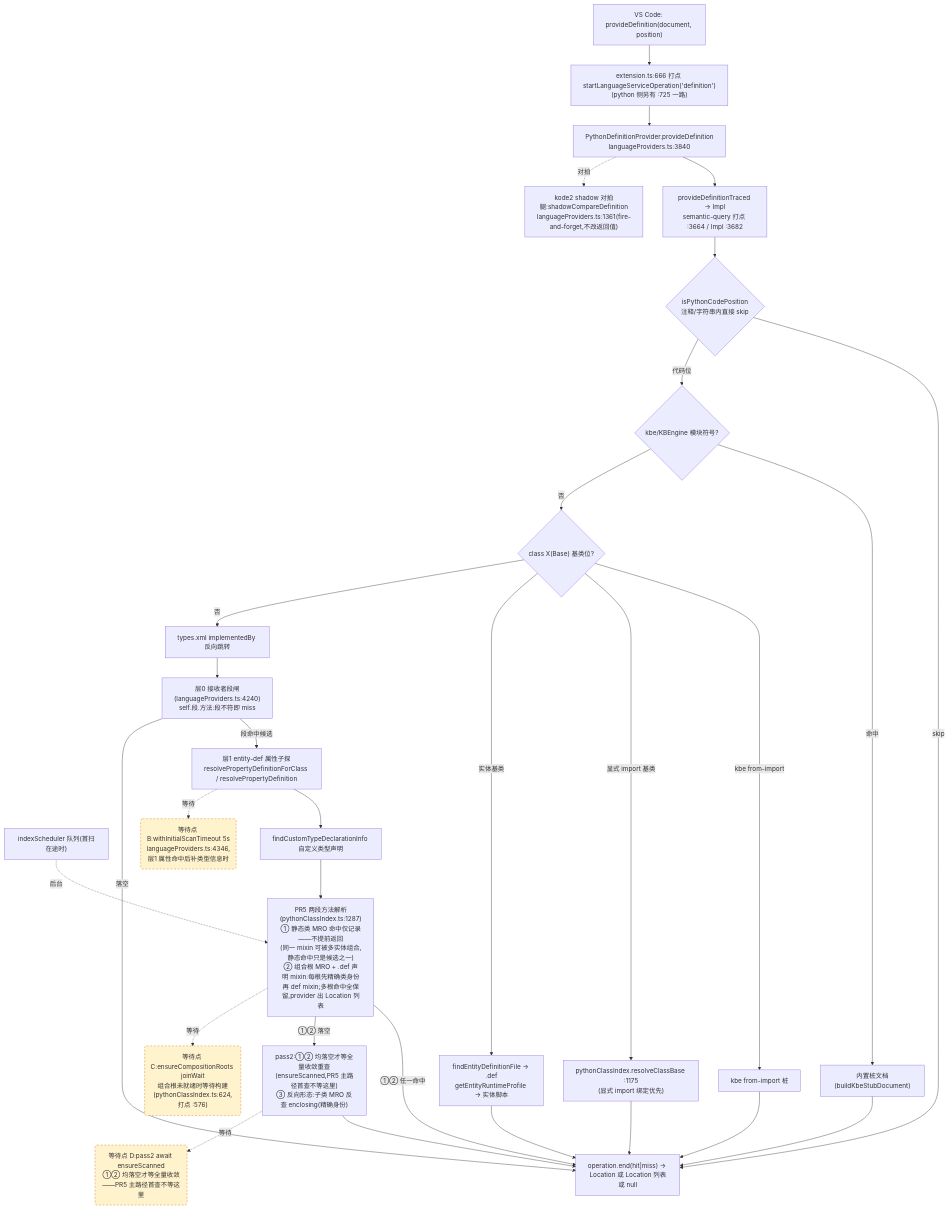
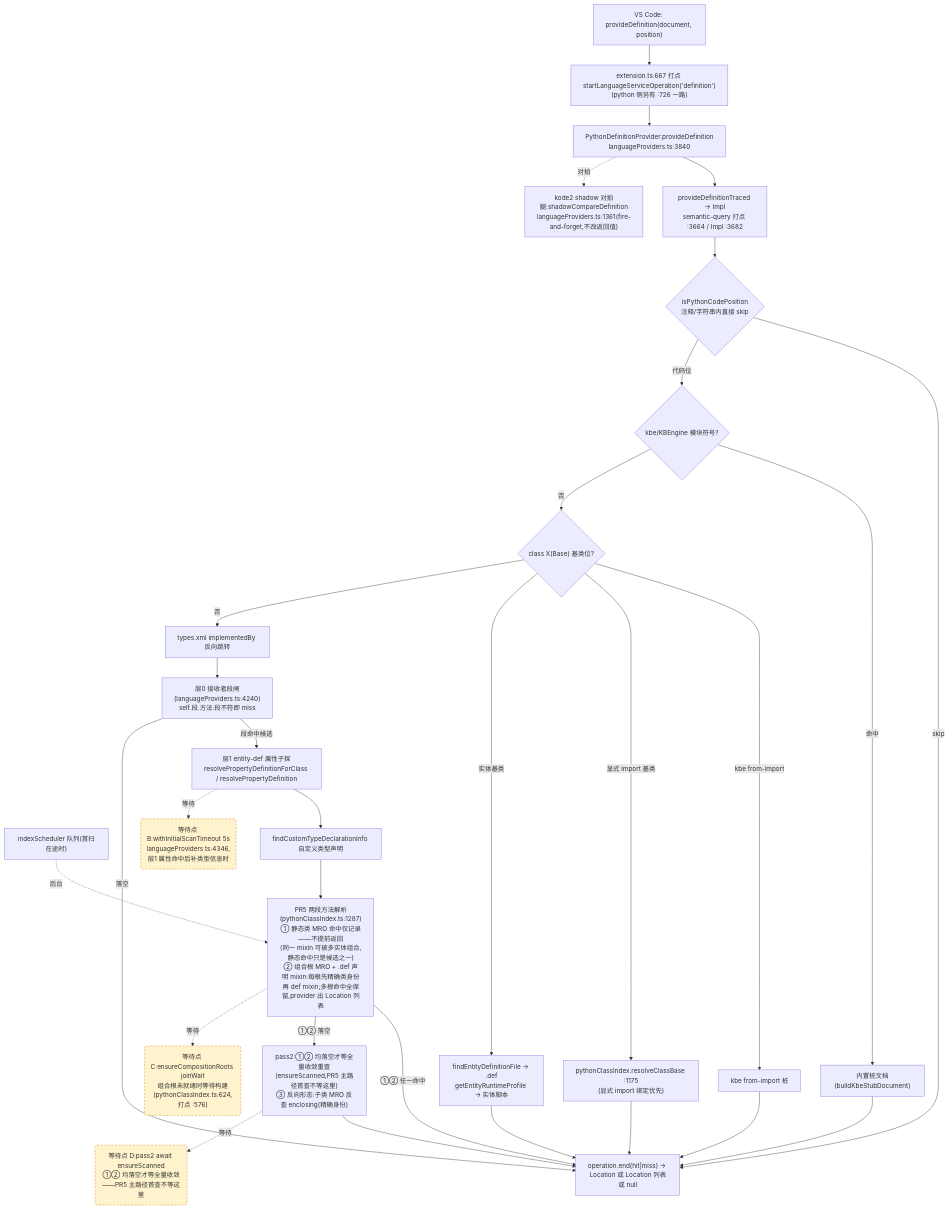
The second of 4 diagrams in docs/perf/2026-baseline.md (cuihairu/kode), drawn with Mermaid before and after one commit. The commit also changed other lines of this file and 9 other files, not shown here.

````diff
--- a/docs/perf/2026-baseline.md
+++ b/docs/perf/2026-baseline.md
@@ -130,51 +130,51 @@
 ```mermaid
 flowchart TD
   VC2["VS Code: provideDefinition(document, position)"]
-  M2["extension.ts:666 打点 startLanguageServiceOperation('definition')<br/>(python 侧另有 :725 一路)"]
+  M2["extension.ts:667 打点 startLanguageServiceOperation('definition')<br/>(python 侧另有 :726 一路)"]
   AD2["PythonDefinitionProvider.provideDefinition<br/>languageProviders.ts:3840"]
   TR["provideDefinitionTraced → Impl<br/>semantic-query 打点 :3664 / Impl :3682"]
   CTX{"isPythonCodePosition<br/>注释/字符串内直接 skip"}
   KBE{"kbe/KBEngine 模块符号?"}
   STUB["内置桩文档(buildKbeStubDocument)"]
   CB{"class X(Base) 基类位?"}
   CB1["kbe from-import 桩"]
   CB2["pythonClassIndex.resolveClassBase :1175<br/>(显式 import 绑定优先)"]
   CB3["findEntityDefinitionFile → .def<br/>getEntityRuntimeProfile → 实体脚本"]
   REV["types.xml implementedBy 反向跳转"]
   L0["层0 接收者段闸(languageProviders.ts:4240)<br/>self.段.方法:段不符即 miss"]
   L1["层1 entity-def 属性子探<br/>resolvePropertyDefinitionForClass / resolvePropertyDefinition"]
   SCAN["indexScheduler 队列(首扫在途时)"]
   TY["findCustomTypeDeclarationInfo 自定义类型声明"]
   MRO["PR5 两段方法解析(pythonClassIndex.ts:1287)<br/>① 静态类 MRO 命中仅记录——不提前返回<br/>(同一 mixin 可被多实体组合,静态命中只是候选之一)<br/>② 组合根 MRO + .def 声明 mixin:每根先精确类身份<br/>再 def mixin;多根命中全保留,provider 出 Location 列表"]
   PASS2["pass2:①② 均落空才等全量收敛重查<br/>(ensureScanned,PR5 主路径首查不等这里)<br/>③ 反向形态:子类 MRO 反查 enclosing(精确身份)"]
   SHD["kode2 shadow 对拍腿:shadowCompareDefinition<br/>languageProviders.ts:1361(fire-and-forget,不改返回值)"]
   END2["operation.end(hit|miss) → Location 或 Location 列表或 null"]
 
   VC2 --> M2 --> AD2 --> TR --> CTX
   CTX -- "skip" --> END2
   CTX -- "代码位" --> KBE
   KBE -- "命中" --> STUB --> END2
   KBE -- "否" --> CB
   CB -- "kbe from-import" --> CB1 --> END2
   CB -- "显式 import 基类" --> CB2 --> END2
   CB -- "实体基类" --> CB3 --> END2
   CB -- "否" --> REV --> L0
   L0 -- "段命中候选" --> L1
   L0 -- "落空" --> END2
   L1 --> TY
   TY --> MRO
   MRO -- "①② 任一命中" --> END2
   MRO -- "①② 落空" --> PASS2 --> END2
   AD2 -.->|对拍| SHD
 
   WAITB("等待点 B:withInitialScanTimeout 5s<br/>languageProviders.ts:4346,层1 属性命中后补类型信息时")
   WAITC("等待点 C:ensureCompositionRoots joinWait<br/>组合根未就绪时等待构建(pythonClassIndex.ts:624,打点 :576)")
   WAITD("等待点 D:pass2 await ensureScanned<br/>①② 均落空才等全量收敛——PR5 主路径首查不等这里")
   L1 -.->|等待| WAITB
   MRO -.->|等待| WAITC
   PASS2 -.->|等待| WAITD
   SCAN -.->|后台| MRO
 
   classDef waitPoint fill:#fff3cd,stroke:#d97706,stroke-dasharray:5 4;
   class WAITB,WAITC,WAITD waitPoint;
 ```
````
